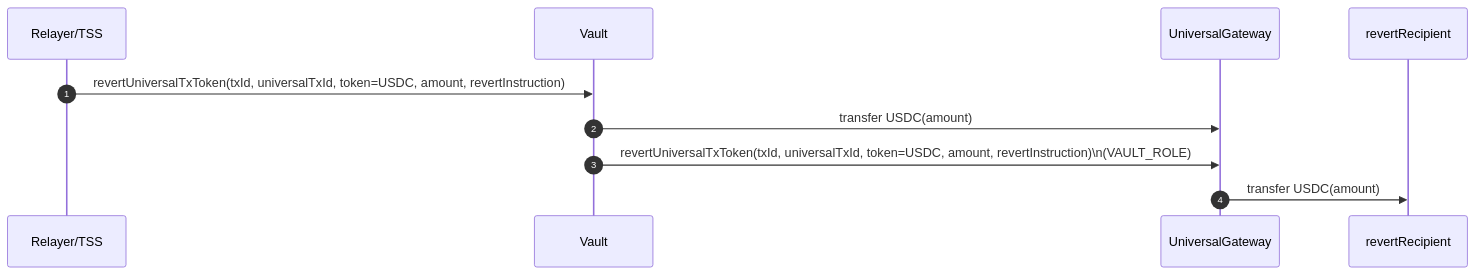
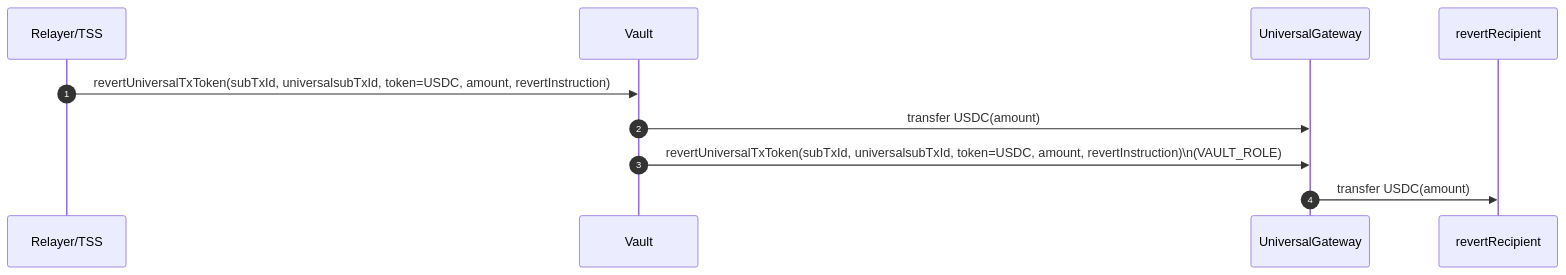
Before and after one commit to pushchain/push-chain-gateway-contracts: the fifth of 6 diagrams in contracts/evm-gateway/docs/4_OutboundTx_Flows.md, drawn with Mermaid. The commit also changed other lines of this file and 20 other files, not shown here.

````diff
--- a/contracts/evm-gateway/docs/4_OutboundTx_Flows.md
+++ b/contracts/evm-gateway/docs/4_OutboundTx_Flows.md
@@ -182,13 +182,13 @@
 ```mermaid
 sequenceDiagram
     autonumber
     participant TSS as Relayer/TSS
     participant V as Vault
     participant G as UniversalGateway
     participant R as revertRecipient
 
-    TSS->>V: revertUniversalTxToken(txId, universalTxId, token=USDC, amount, revertInstruction)
+    TSS->>V: revertUniversalTxToken(subTxId, universalsubTxId, token=USDC, amount, revertInstruction)
     V->>G: transfer USDC(amount)
-    V->>G: revertUniversalTxToken(txId, universalTxId, token=USDC, amount, revertInstruction)\n(VAULT_ROLE)
+    V->>G: revertUniversalTxToken(subTxId, universalsubTxId, token=USDC, amount, revertInstruction)\n(VAULT_ROLE)
     G->>R: transfer USDC(amount)
 ```
````
